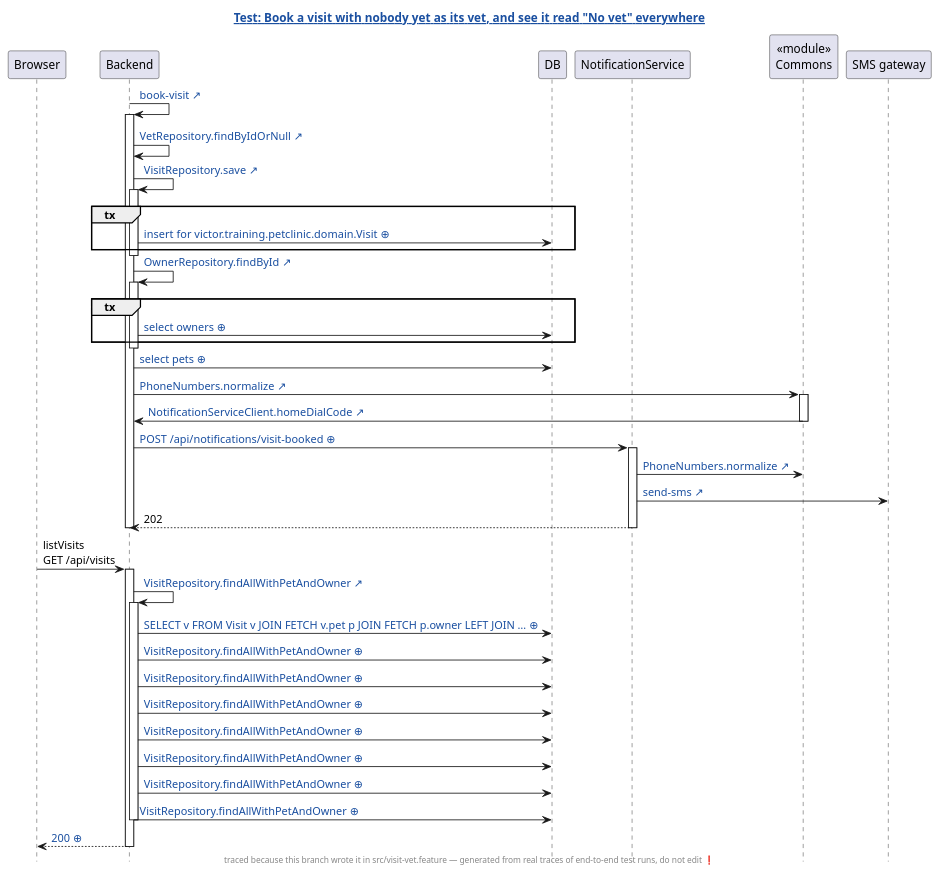
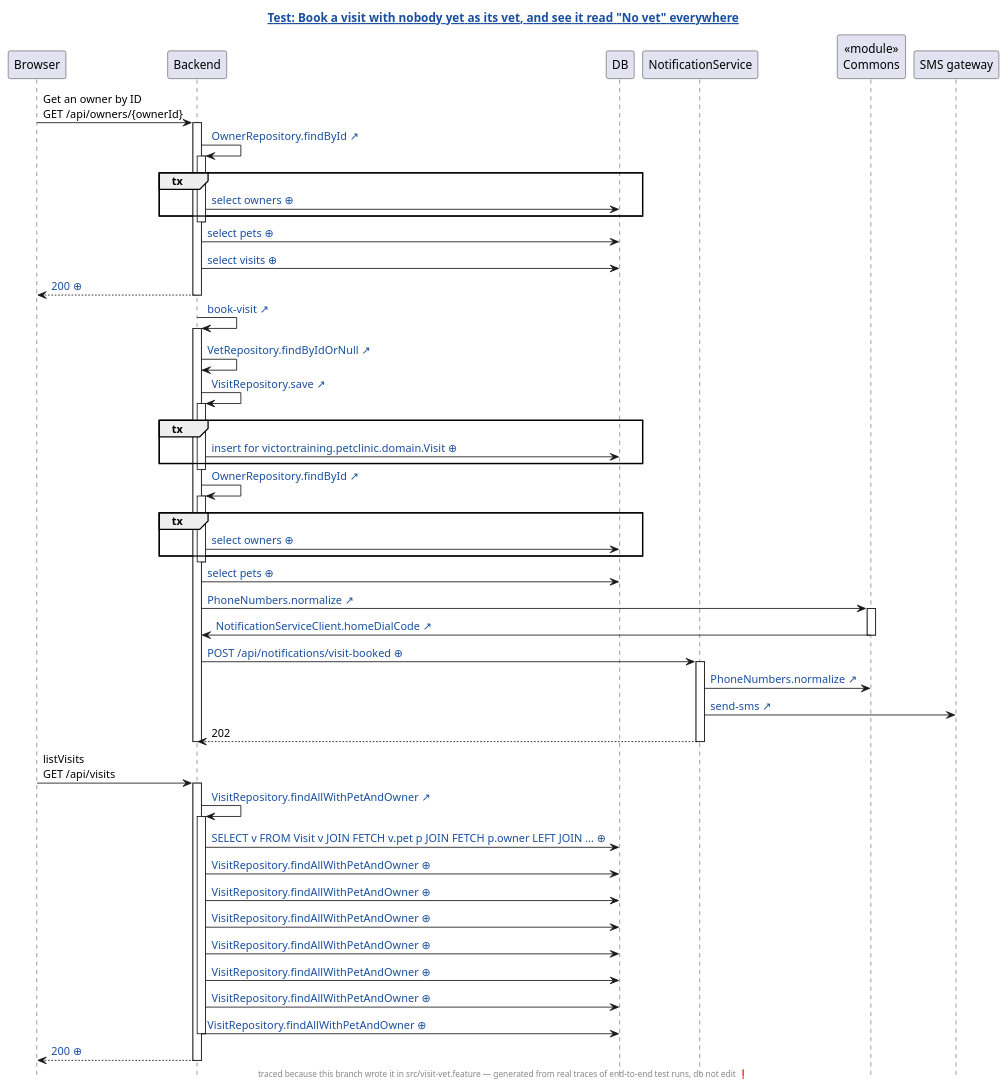
The diagram in demo/demo/assets/diagrams/petclinic-test_generated_visit-vet.feature.book-a-visit-with-nobody-yet-as-its-vet-and-see-it-read-no-vet-everywhere.genseq.diff.puml (AgustinOliver98/human-review), drawn with PlantUML before and after one commit. The commit also changed 114 other files, not shown here.

```diff
--- a/demo/demo/assets/diagrams/petclinic-test_generated_visit-vet.feature.book-a-visit-with-nobody-yet-as-its-vet-and-see-it-read-no-vet-everywhere.genseq.diff.puml
+++ b/demo/demo/assets/diagrams/petclinic-test_generated_visit-vet.feature.book-a-visit-with-nobody-yet-as-its-vet-and-see-it-read-no-vet-everywhere.genseq.diff.puml
@@ -1,56 +1,68 @@
 @startuml
 ' ⚠️  GENERATED FILE — DO NOT EDIT. Every edit is lost on the next run.
 hide footbox
 skinparam hyperlinkUnderline false
 skinparam hyperlinkColor #1A4FA0
 title [[src://petclinic-test/src/visit-vet.feature:22{Click to open the test} Test: Book a visit with nobody yet as its vet, and see it read "No vet" everywhere]]
 footer traced because this branch wrote it in src/visit-vet.feature — generated from real traces of end-to-end test runs, do not edit ❗
 participant Browser
 participant Backend
 participant DB
 participant NotificationService
 participant "«module»\nCommons" as Commons
 participant "SMS gateway"
+Browser -> Backend: Get an owner by ID\nGET /api/owners/{ownerId}
+activate Backend
+Backend -> Backend: [[src://petclinic-backend/src/main/java/victor/training/petclinic/repository/OwnerRepository.java:14{Click to open OwnerRepository.findById} OwnerRepository.findById ↗]]
+activate Backend
+group tx
+Backend -> DB: [[genseq://0x8aana{Click for the statement behind this call} select owners ⊕]]
+end
+deactivate Backend
+Backend -> DB: [[genseq://18567ho{Click for the statement behind this call} select pets ⊕]]
+Backend -> DB: [[genseq://1eq1h2q{Click for the statement behind this call} select visits ⊕]]
+Backend --> Browser: [[genseq://1bhasc1{Click for this call’s JSON body} 200 ⊕]]
+deactivate Backend
 Backend -> Backend: [[src://petclinic-backend/src/main/java/victor/training/petclinic/rest/OwnerRestController.java:193{Click to open OwnerRestController.bookVisit} book-visit ↗]]
 activate Backend
 Backend -> Backend: [[src://petclinic-backend/src/main/java/victor/training/petclinic/repository/VetRepository.java:19{Click to open VetRepository.findByIdOrNull} VetRepository.findByIdOrNull ↗]]
 Backend -> Backend: [[src://petclinic-backend/src/main/java/victor/training/petclinic/repository/VisitRepository.java:14{Click to open VisitRepository.save} VisitRepository.save ↗]]
 activate Backend
 group tx
-Backend -> DB: [[genseq://0triyg9{Click for the statement behind this call} insert for victor.training.petclinic.domain.Visit ⊕]]
+Backend -> DB: [[genseq://11g0pot{Click for the statement behind this call} insert for victor.training.petclinic.domain.Visit ⊕]]
 end
 deactivate Backend
 Backend -> Backend: [[src://petclinic-backend/src/main/java/victor/training/petclinic/repository/OwnerRepository.java:14{Click to open OwnerRepository.findById} OwnerRepository.findById ↗]]
 activate Backend
 group tx
 Backend -> DB: [[genseq://0x8aana{Click for the statement behind this call} select owners ⊕]]
 end
 deactivate Backend
 Backend -> DB: [[genseq://18567ho{Click for the statement behind this call} select pets ⊕]]
 Backend -> Commons: [[src://petclinic-commons/src/main/java/victor/training/commons/PhoneNumbers.java:14{Click to open PhoneNumbers.normalize} PhoneNumbers.normalize ↗]]
 activate Commons
 Commons -> Backend: [[src://petclinic-backend/src/main/java/victor/training/petclinic/notification/NotificationServiceClient.java:45{Click to open NotificationServiceClient.homeDialCode} NotificationServiceClient.homeDialCode ↗]]
 deactivate Commons
 Backend -> NotificationService: [[genseq://1p4ogm5{Click for this call’s JSON body} POST /api/notifications/visit-booked ⊕]]
 activate NotificationService
 NotificationService -> Commons: [[src://petclinic-commons/src/main/java/victor/training/commons/PhoneNumbers.java:8{Click to open PhoneNumbers.normalize} PhoneNumbers.normalize ↗]]
 NotificationService -> "SMS gateway": [[src://notification-service/src/main/java/victor/training/notification/SmsGateway.java:23{Click to open SmsGateway.send} send-sms ↗]]
 NotificationService --> Backend: 202
 deactivate NotificationService
 deactivate Backend
 Browser -> Backend: listVisits\nGET /api/visits
 activate Backend
 Backend -> Backend: [[src://petclinic-backend/src/main/java/victor/training/petclinic/repository/VisitRepository.java:19{Click to open VisitRepository.findAllWithPetAndOwner} VisitRepository.findAllWithPetAndOwner ↗]]
 activate Backend
 Backend -> DB: [[genseq://1706k1o{Click for the statement behind this call} SELECT v FROM Visit v JOIN FETCH v.pet p JOIN FETCH p.owner LEFT JOIN … ⊕]]
 Backend -> DB: [[genseq://0cvbten{Click for the statement behind this call} VisitRepository.findAllWithPetAndOwner ⊕]]
 Backend -> DB: [[genseq://0xm9qzg{Click for the statement behind this call} VisitRepository.findAllWithPetAndOwner ⊕]]
 Backend -> DB: [[genseq://070fg5f{Click for the statement behind this call} VisitRepository.findAllWithPetAndOwner ⊕]]
 Backend -> DB: [[genseq://1heb9yw{Click for the statement behind this call} VisitRepository.findAllWithPetAndOwner ⊕]]
 Backend -> DB: [[genseq://0g8ptx2{Click for the statement behind this call} VisitRepository.findAllWithPetAndOwner ⊕]]
 Backend -> DB: [[genseq://0i1m34t{Click for the statement behind this call} VisitRepository.findAllWithPetAndOwner ⊕]]
 Backend -> DB: [[genseq://094wceq{Click for the statement behind this call} VisitRepository.findAllWithPetAndOwner ⊕]]
 deactivate Backend
 Backend --> Browser: [[genseq://0p8wewa{Click for this call’s JSON body} 200 ⊕]]
 deactivate Backend
 @enduml
```
